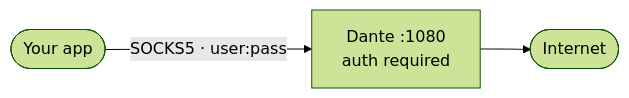
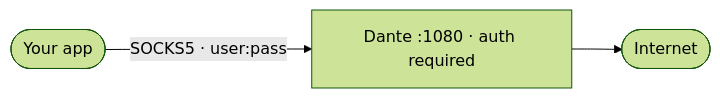
The first of 2 diagrams in README.md (banfen321/dante-proxy), drawn with Mermaid (forest theme) before and after one commit. The commit also changed other lines of this file, not shown here.

Commit message:
readme: fix mermaid labels, add firewall to quick start, multi-ip comment

````diff
--- a/README.md
+++ b/README.md
@@ -28,5 +38,5 @@
 ```mermaid
 graph LR
-    A([Your app]) -->|"SOCKS5 · user:pass"| B[Dante :1080\nauth required]
+    A([Your app]) -->|"SOCKS5 · user:pass"| B["Dante :1080 · auth required"]
     B --> C([Internet])
 ```
````
